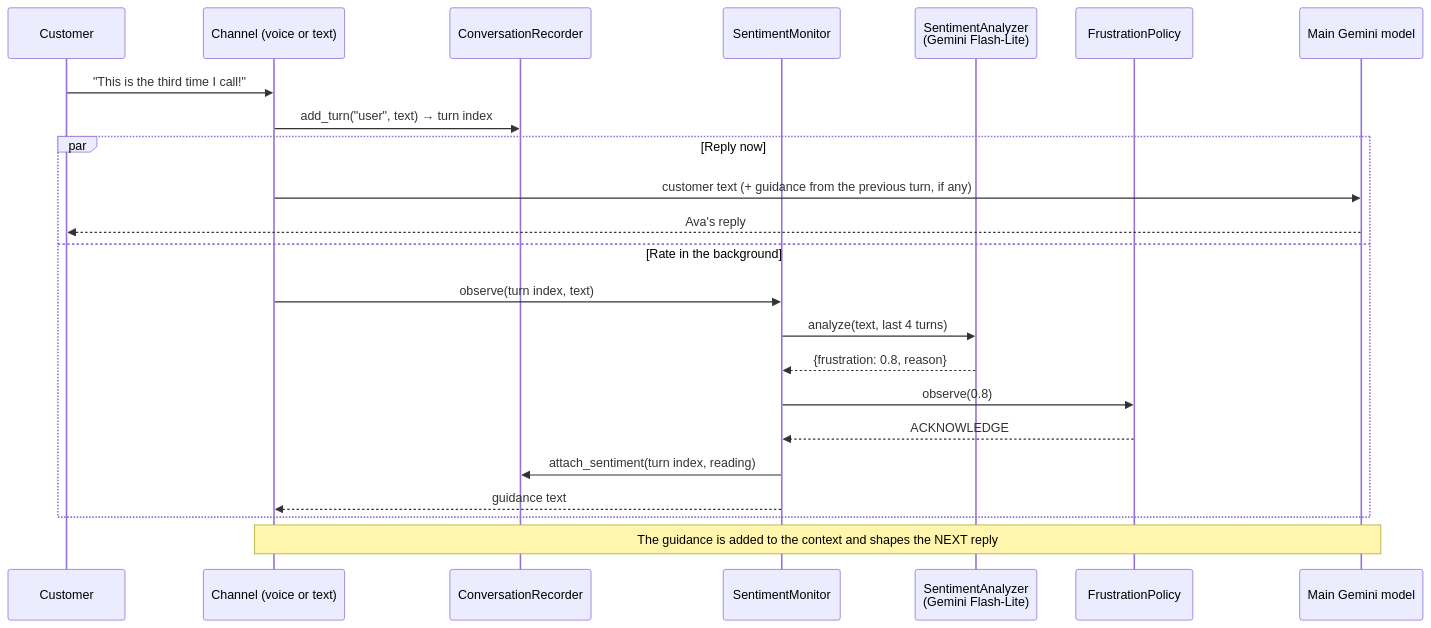
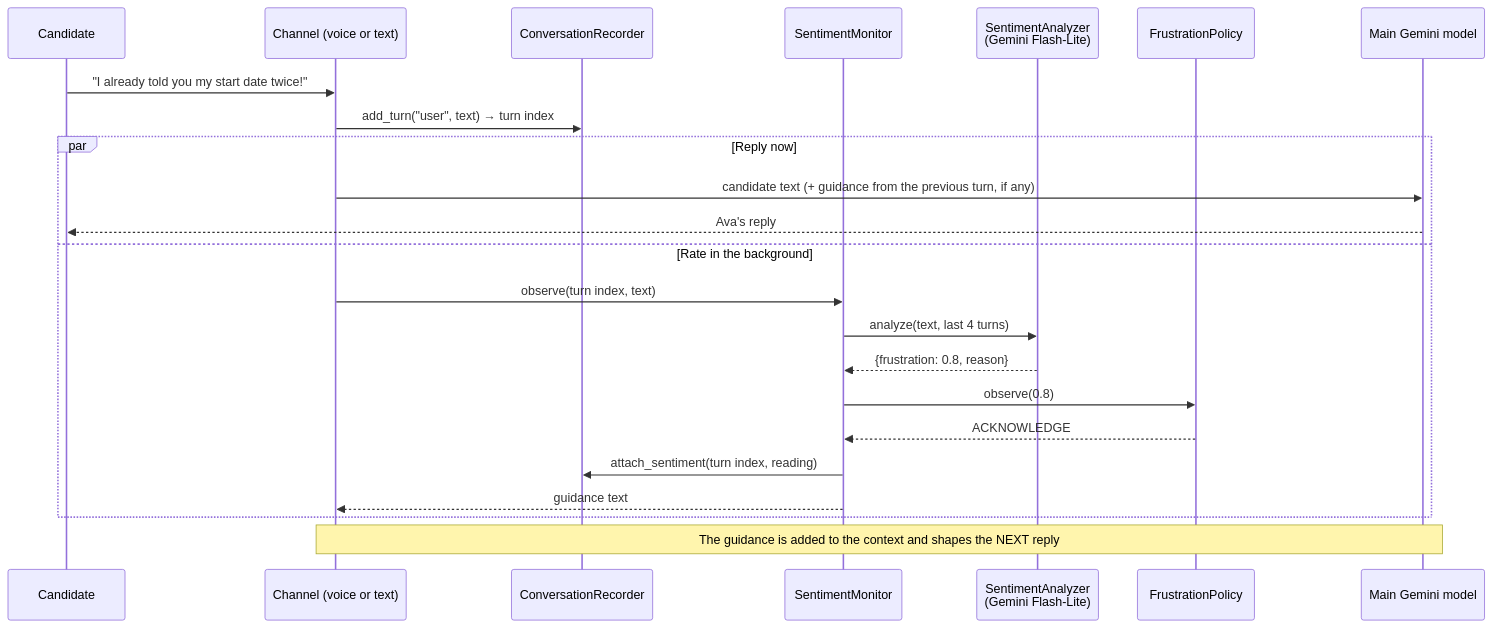
The diagram in docs/features/frustration-detection.md (aesbetancourt/voice-support-agent), drawn with Mermaid before and after one commit. The commit also changed other lines of this file and 63 other files, not shown here.

First line of the commit message:
Change the agent from customer support to candidate screening

````diff
--- a/docs/features/frustration-detection.md
+++ b/docs/features/frustration-detection.md
@@ -51,26 +51,26 @@
 ```mermaid
 sequenceDiagram
-    participant C as Customer
+    participant C as Candidate
     participant CH as Channel (voice or text)
     participant R as ConversationRecorder
     participant M as SentimentMonitor
     participant A as SentimentAnalyzer<br/>(Gemini Flash-Lite)
     participant P as FrustrationPolicy
     participant LLM as Main Gemini model
 
-    C->>CH: "This is the third time I call!"
+    C->>CH: "I already told you my start date twice!"
     CH->>R: add_turn("user", text) → turn index
     par Reply now
-        CH->>LLM: customer text (+ guidance from the previous turn, if any)
+        CH->>LLM: candidate text (+ guidance from the previous turn, if any)
         LLM-->>C: Ava's reply
     and Rate in the background
         CH->>M: observe(turn index, text)
         M->>A: analyze(text, last 4 turns)
         A-->>M: {frustration: 0.8, reason}
         M->>P: observe(0.8)
         P-->>M: ACKNOWLEDGE
         M->>R: attach_sentiment(turn index, reading)
         M-->>CH: guidance text
     end
     Note over CH,LLM: The guidance is added to the context and shapes the NEXT reply
 ```
````
